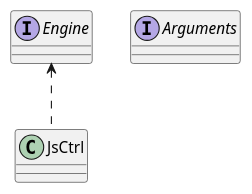
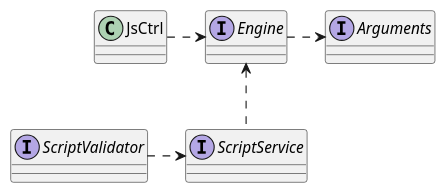
One commit to wangscript007/tephra changed the diagram in doc/uml/script/interface.puml. Above: the diagram before and after it, drawn with PlantUML. The commit also changed 7 other files, not shown here.

```diff
--- a/doc/uml/script/interface.puml
+++ b/doc/uml/script/interface.puml
@@ -1,9 +1,14 @@
 @startuml
 
 interface Engine
 interface Arguments
+interface ScriptValidator
+interface ScriptService
 class JsCtrl
 
-Engine <.. JsCtrl
+Arguments <.l. Engine
+Engine <.. ScriptService
+Engine <.l. JsCtrl
+ScriptService <.l. ScriptValidator
 
 @enduml
```
